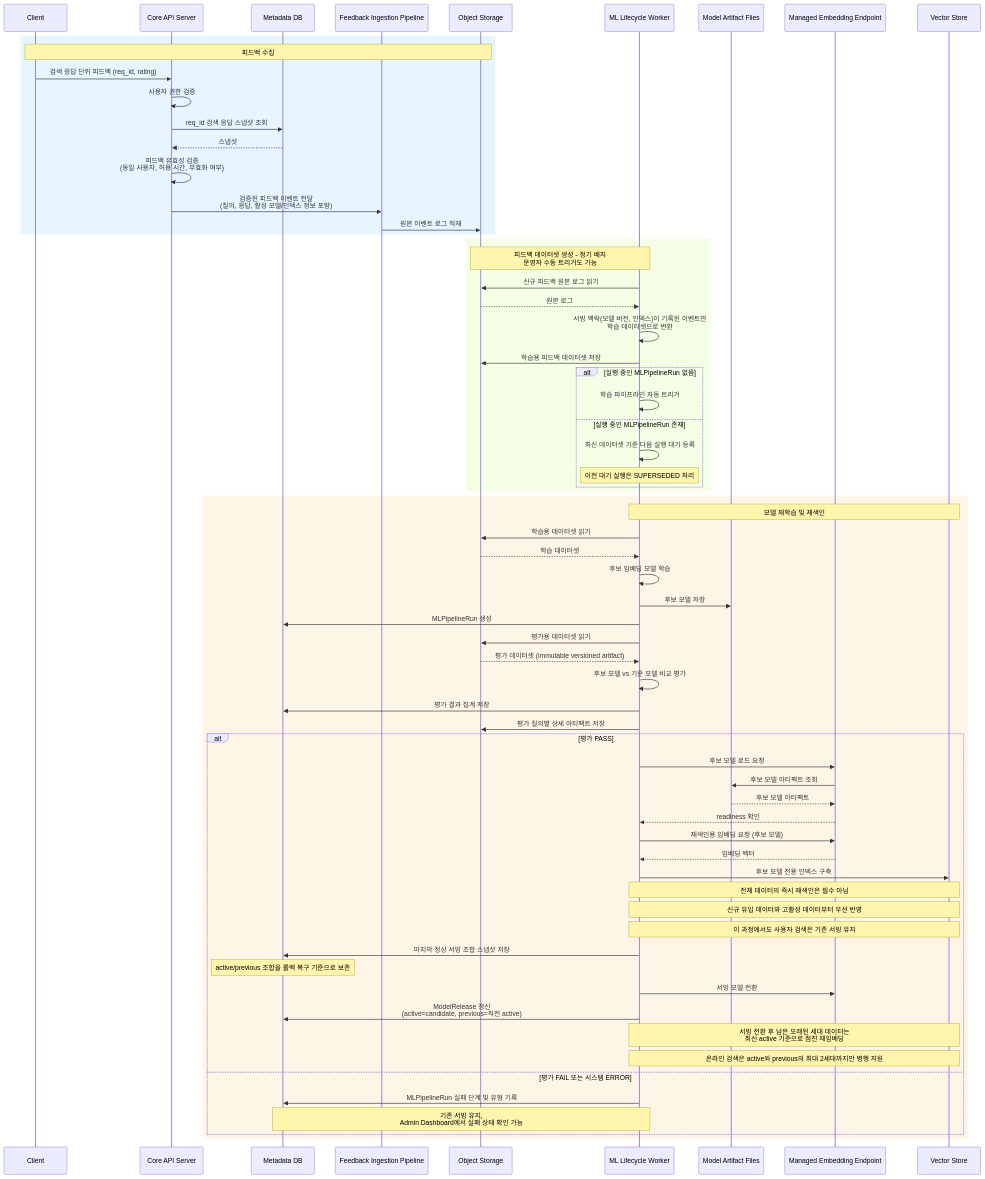
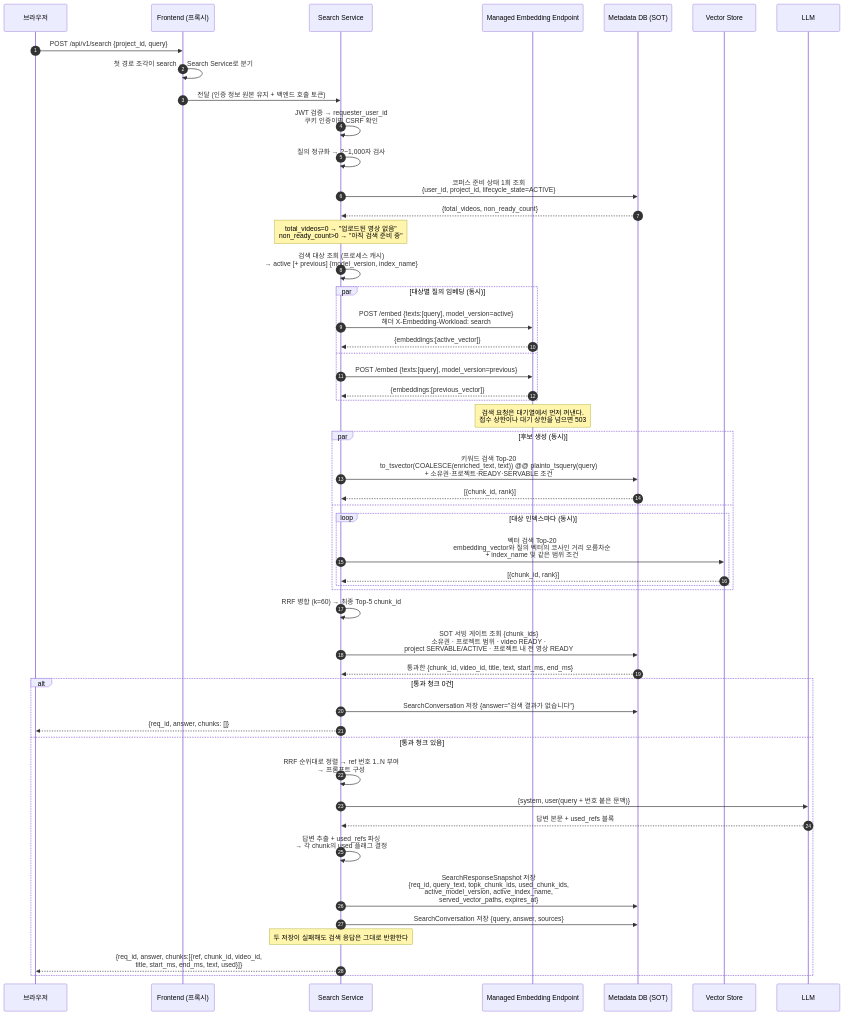
One commit to f-lab-edu/Biblio changed the fourth of 9 diagrams in docs/Diagram/sequence_diagram/SD_Mermaid.md. Above: the diagram before and after it, drawn with Mermaid. The commit also changed other lines of this file and 1 other file, not shown here.

Commit message:
docs(repo): 시스템 설계와 시퀀스 다이어그램을 최신화한다 (#104)

````diff
--- a/docs/Diagram/sequence_diagram/SD_Mermaid.md
+++ b/docs/Diagram/sequence_diagram/SD_Mermaid.md
@@ -148,84 +242,60 @@
 ```mermaid
+sequenceDiagram
+autonumber
+participant C as 브라우저
+participant FE as Frontend (프록시)
+participant SS as Search Service
+participant EMB as Managed Embedding Endpoint
+participant DB as Metadata DB (SOT)
+participant VS as Vector Store
+participant LLM as LLM
 
-sequenceDiagram
-    participant Client
-    participant CoreAPI as Core API Server
-    participant MetaDB as Metadata DB
-    participant FIP as Feedback Ingestion Pipeline
-    participant ObjStore as Object Storage
-    participant MLWorker as ML Lifecycle Worker
-    participant ModelFiles as Model Artifact Files
-    participant MEE as Managed Embedding Endpoint
-    participant VS as Vector Store
+C->>FE: POST /api/v1/search {project_id, query}
+FE->>FE: 첫 경로 조각이 search → Search Service로 분기
+FE->>SS: 전달 (인증 정보 원본 유지 + 백엔드 호출 토큰)
+SS->>SS: JWT 검증 → requester_user_id<br/>쿠키 인증이면 CSRF 확인
+SS->>SS: 질의 정규화 → 2~1,000자 검사
 
-    %% === 피드백 수집 (2.6) ===
-    rect rgb(230, 245, 255)
-    Note over Client, ObjStore: 피드백 수집
-    Client ->> CoreAPI: 검색 응답 단위 피드백 (req_id, rating)
-    CoreAPI ->> CoreAPI: 사용자 권한 검증
-    CoreAPI ->> MetaDB: req_id 검색 응답 스냅샷 조회
-    MetaDB -->> CoreAPI: 스냅샷
-    CoreAPI ->> CoreAPI: 피드백 유효성 검증<br/>(동일 사용자, 허용 시간, 무효화 여부)
-    CoreAPI ->> FIP: 검증된 피드백 이벤트 전달<br/>(질의, 응답, 활성 모델/인덱스 정보 포함)
-    FIP ->> ObjStore: 원본 이벤트 로그 적재
+SS->>DB: 코퍼스 준비 상태 1회 조회<br/>{user_id, project_id, lifecycle_state=ACTIVE}
+DB-->>SS: {total_videos, non_ready_count}
+Note over SS: total_videos=0 → "업로드된 영상 없음"<br/>non_ready_count>0 → "아직 검색 준비 중"
+
+SS->>SS: 검색 대상 조회 (프로세스 캐시)<br/>→ active [+ previous] {model_version, index_name}
+
+par 대상별 질의 임베딩 (동시)
+    SS->>EMB: POST /embed {texts:[query], model_version=active}<br/>헤더 X-Embedding-Workload: search
+    EMB-->>SS: {embeddings:[active_vector]}
+and
+    SS->>EMB: POST /embed {texts:[query], model_version=previous}
+    EMB-->>SS: {embeddings:[previous_vector]}
+end
+Note over EMB: 검색 요청은 대기열에서 먼저 꺼낸다.<br/>접수 상한이나 대기 상한을 넘으면 503
+
+par 후보 생성 (동시)
+    SS->>DB: 키워드 검색 Top-20<br/>to_tsvector(COALESCE(enriched_text, text)) @@ plainto_tsquery(query)<br/>+ 소유권·프로젝트·READY·SERVABLE 조건
+    DB-->>SS: [{chunk_id, rank}]
+and
+    loop 대상 인덱스마다 (동시)
+        SS->>VS: 벡터 검색 Top-20<br/>embedding_vector와 질의 벡터의 코사인 거리 오름차순<br/>+ index_name 및 같은 범위 조건
+        VS-->>SS: [{chunk_id, rank}]
     end
+end
 
-    %% === 데이터셋 전처리 (2.7) ===
-    rect rgb(245, 255, 230)
-    Note over MLWorker, ObjStore: 피드백 데이터셋 생성 - 정기 배치 <br/>운영자 수동 트리거도 가능
-    MLWorker ->> ObjStore: 신규 피드백 원본 로그 읽기
-    ObjStore -->> MLWorker: 원본 로그
-    MLWorker ->> MLWorker: 서빙 맥락(모델 버전, 인덱스)이 기록된 이벤트만<br/>학습 데이터셋으로 변환
-    MLWorker ->> ObjStore: 학습용 피드백 데이터셋 저장
+SS->>SS: RRF 병합 (k=60) → 최종 Top-5 chunk_id
+SS->>DB: SOT 서빙 게이트 조회 {chunk_ids}<br/>소유권 · 프로젝트 범위 · video READY ·<br/>project SERVABLE/ACTIVE · 프로젝트 내 전 영상 READY
+DB-->>SS: 통과한 {chunk_id, video_id, title, text, start_ms, end_ms}
 
-    alt 실행 중인 MLPipelineRun 없음
-        MLWorker ->> MLWorker: 학습 파이프라인 자동 트리거
-    else 실행 중인 MLPipelineRun 존재
-        MLWorker ->> MLWorker: 최신 데이터셋 기준 다음 실행 대기 등록
-        Note over MLWorker: 이전 대기 실행은 SUPERSEDED 처리
-    end
-    end
-
-    %% === 모델 재학습 및 재색인 (2.8) ===
-    rect rgb(255, 245, 230)
-    Note over MLWorker, VS: 모델 재학습 및 재색인
-
-    %% 학습
-    MLWorker ->> ObjStore: 학습용 데이터셋 읽기
-    ObjStore -->> MLWorker: 학습 데이터셋
-    MLWorker ->> MLWorker: 후보 임베딩 모델 학습
-    MLWorker ->> ModelFiles: 후보 모델 저장
-    MLWorker ->> MetaDB: MLPipelineRun 생성
-
-    %% 평가
-    MLWorker ->> ObjStore: 평가용 데이터셋 읽기
-    ObjStore -->> MLWorker: 평가 데이터셋 (immutable versioned artifact)
-    MLWorker ->> MLWorker: 후보 모델 vs 기준 모델 비교 평가
-    MLWorker ->> MetaDB: 평가 결과 집계 저장
-    MLWorker ->> ObjStore: 평가 질의별 상세 아티팩트 저장
-
-    alt 평가 PASS
-        MLWorker ->> MEE: 후보 모델 로드 요청
-        MEE ->> ModelFiles: 후보 모델 아티팩트 조회
-        ModelFiles -->> MEE: 후보 모델 아티팩트
-        MEE -->> MLWorker: readiness 확인
-        MLWorker ->> MEE: 재색인용 임베딩 요청 (후보 모델)
-        MEE -->> MLWorker: 임베딩 벡터
-        MLWorker ->> VS: 후보 모델 전용 인덱스 구축
-        Note over MLWorker, VS: 전체 데이터의 즉시 재색인은 필수 아님
-        Note over MLWorker, VS: 신규 유입 데이터와 고활성 데이터부터 우선 반영
-        Note over MLWorker, VS: 이 과정에서도 사용자 검색은 기존 서빙 유지
-        MLWorker ->> MetaDB: 마지막 정상 서빙 조합 스냅샷 저장
-        Note over MetaDB: active/previous 조합을 롤백 복구 기준으로 보존
-        MLWorker ->> MEE: 서빙 모델 전환
-        MLWorker ->> MetaDB: ModelRelease 갱신<br/>(active=candidate, previous=직전 active)
-        Note over MLWorker, VS: 서빙 전환 후 남은 오래된 세대 데이터는<br/>최신 active 기준으로 점진 재임베딩
-        Note over MLWorker, VS: 온라인 검색은 active와 previous의 최대 2세대까지만 병행 지원
-    else 평가 FAIL 또는 시스템 ERROR
-        MLWorker ->> MetaDB: MLPipelineRun 실패 단계 및 유형 기록
-        Note over MLWorker, MetaDB: 기존 서빙 유지,<br/>Admin Dashboard에서 실패 상태 확인 가능
-    end
-    end
-
-
+alt 통과 청크 0건
+    SS->>DB: SearchConversation 저장 {answer="검색 결과가 없습니다"}
+    SS-->>C: {req_id, answer, chunks: []}
+else 통과 청크 있음
+    SS->>SS: RRF 순위대로 정렬 → ref 번호 1..N 부여<br/>→ 프롬프트 구성
+    SS->>LLM: {system, user(query + 번호 붙은 문맥)}
+    LLM-->>SS: 답변 본문 + used_refs 블록
+    SS->>SS: 답변 추출 + used_refs 파싱<br/>→ 각 chunk의 used 플래그 결정
+    SS->>DB: SearchResponseSnapshot 저장<br/>{req_id, query_text, topk_chunk_ids, used_chunk_ids,<br/>active_model_version, active_index_name,<br/>served_vector_paths, expires_at}
+    SS->>DB: SearchConversation 저장 {query, answer, sources}
+    Note over SS: 두 저장이 실패해도 검색 응답은 그대로 반환한다
+    SS-->>C: {req_id, answer, chunks:[{ref, chunk_id, video_id,<br/>title, start_ms, end_ms, text, used}]}
+end
 ```
````
